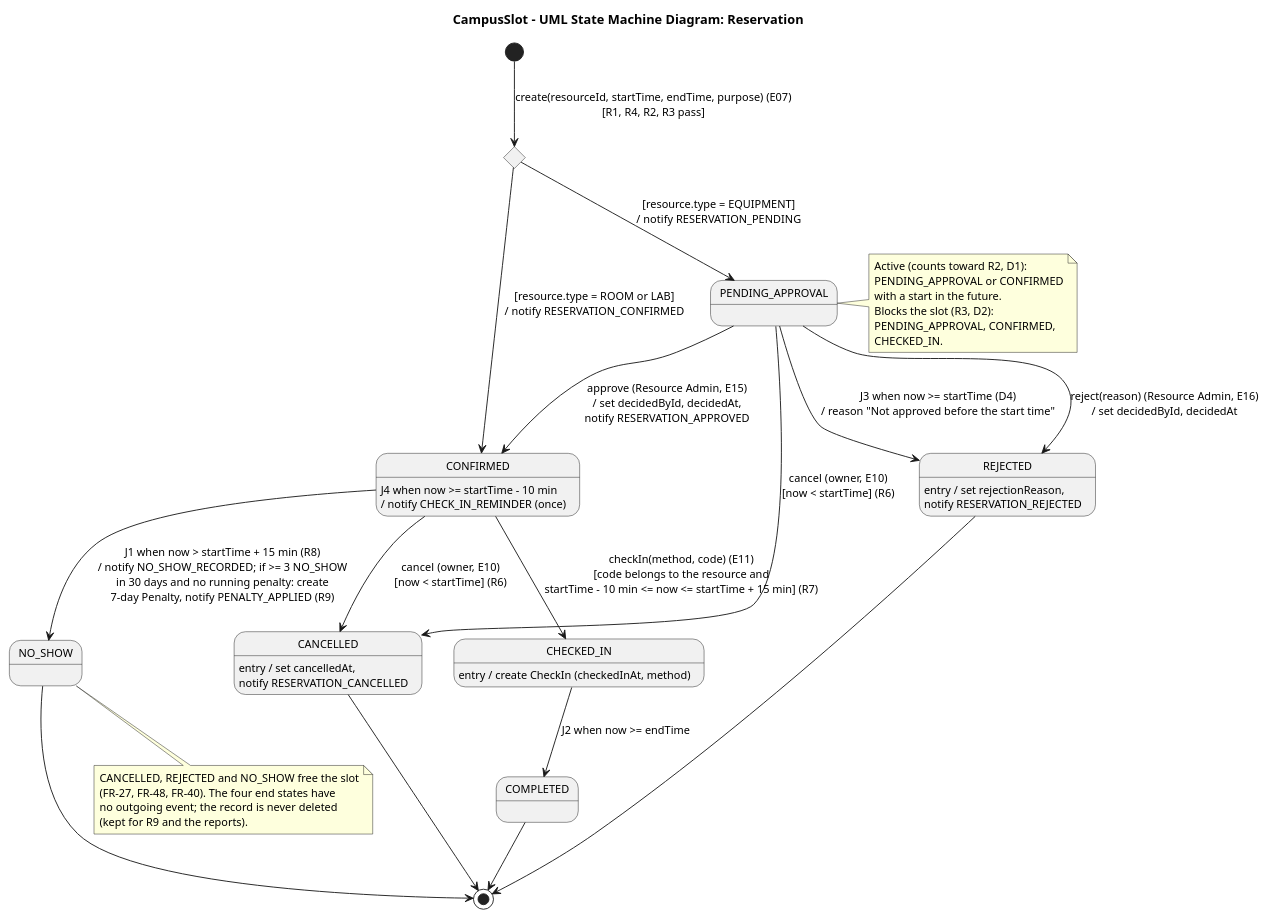
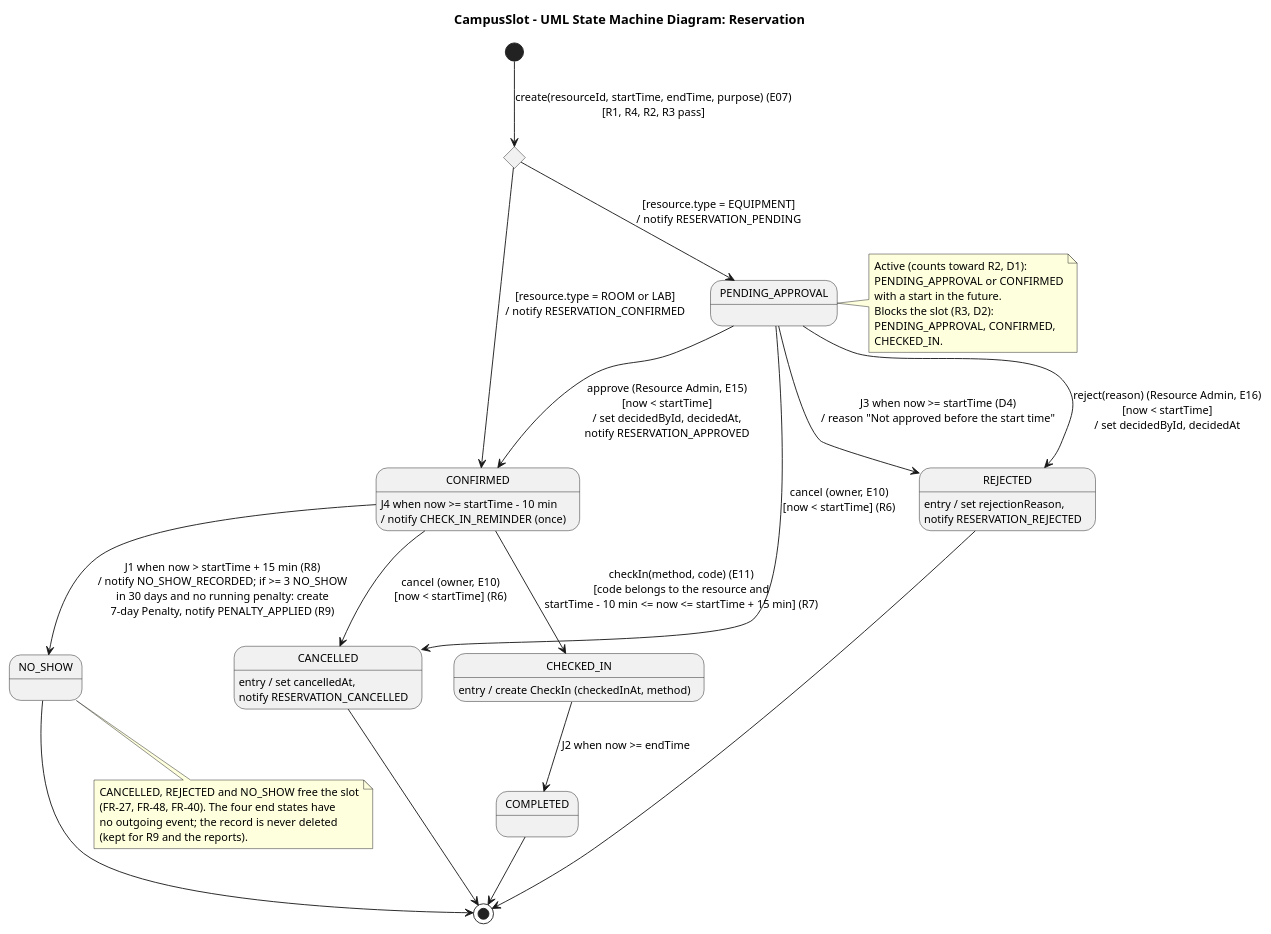
Before and after one commit to MertTomak/SWE307-Term: the diagram in docs/diagrams/5.7_state-machine-diagram_Enes.puml, drawn with PlantUML. The commit also changed 3 other files, not shown here.

Commit message:
docs: 5.7 state machine, approve and reject only before the start time (H41)

```diff
--- a/docs/diagrams/5.7_state-machine-diagram_Enes.puml
+++ b/docs/diagrams/5.7_state-machine-diagram_Enes.puml
@@ -1,58 +1,58 @@
 @startuml 5.7_state-machine-diagram_Enes
 ' 5.7 UML State Machine diagram - Reservation - CampusSlot
 ' Owner: Enes (Frontend Developer). Text: docs/report/5.7_state-machine_Enes.md
 ' Sources: project card (states, R1-R9), 5.4 (FR-18/19, FR-25/26, FR-34/35, FR-38/39, FR-30, FR-45 to FR-47, FR-55, D1-D4),
 '          5.8.4.7 rule chain, 5.8.4.8 check-in logic, 5.8.4.9 scheduler jobs J1-J4.
 ' State names = enum ReservationStatus in backend/prisma/schema.prisma.
 ' Render: java -jar plantuml.jar -Playout=smetana -tpng <this file>
 title CampusSlot - UML State Machine Diagram: Reservation
 skinparam shadowing false
 skinparam defaultFontSize 12
 
 state "R5" as R5choice <<choice>>
 
 state PENDING_APPROVAL
 state CONFIRMED : J4 when now >= startTime - 10 min\n/ notify CHECK_IN_REMINDER (once)
 state CHECKED_IN : entry / create CheckIn (checkedInAt, method)
 state COMPLETED
 state CANCELLED : entry / set cancelledAt,\nnotify RESERVATION_CANCELLED
 state NO_SHOW
 state REJECTED : entry / set rejectionReason,\nnotify RESERVATION_REJECTED
 
 [*] --> R5choice : create(resourceId, startTime, endTime, purpose) (E07)\n[R1, R4, R2, R3 pass]
 R5choice --> PENDING_APPROVAL : [resource.type = EQUIPMENT]\n/ notify RESERVATION_PENDING
 R5choice --> CONFIRMED : [resource.type = ROOM or LAB]\n/ notify RESERVATION_CONFIRMED
 
-PENDING_APPROVAL --> CONFIRMED : approve (Resource Admin, E15)\n/ set decidedById, decidedAt,\nnotify RESERVATION_APPROVED
-PENDING_APPROVAL --> REJECTED : reject(reason) (Resource Admin, E16)\n/ set decidedById, decidedAt
+PENDING_APPROVAL --> CONFIRMED : approve (Resource Admin, E15)\n[now < startTime]\n/ set decidedById, decidedAt,\nnotify RESERVATION_APPROVED
+PENDING_APPROVAL --> REJECTED : reject(reason) (Resource Admin, E16)\n[now < startTime]\n/ set decidedById, decidedAt
 PENDING_APPROVAL --> REJECTED : J3 when now >= startTime (D4)\n/ reason "Not approved before the start time"
 PENDING_APPROVAL --> CANCELLED : cancel (owner, E10)\n[now < startTime] (R6)
 
 CONFIRMED --> CANCELLED : cancel (owner, E10)\n[now < startTime] (R6)
 CONFIRMED --> CHECKED_IN : checkIn(method, code) (E11)\n[code belongs to the resource and\nstartTime - 10 min <= now <= startTime + 15 min] (R7)
 CONFIRMED --> NO_SHOW : J1 when now > startTime + 15 min (R8)\n/ notify NO_SHOW_RECORDED; if >= 3 NO_SHOW\nin 30 days and no running penalty: create\n7-day Penalty, notify PENALTY_APPLIED (R9)
 
 CHECKED_IN --> COMPLETED : J2 when now >= endTime
 
 COMPLETED --> [*]
 CANCELLED --> [*]
 NO_SHOW --> [*]
 REJECTED --> [*]
 
 note right of PENDING_APPROVAL
   Active (counts toward R2, D1):
   PENDING_APPROVAL or CONFIRMED
   with a start in the future.
   Blocks the slot (R3, D2):
   PENDING_APPROVAL, CONFIRMED,
   CHECKED_IN.
 end note
 
 note bottom of NO_SHOW
   CANCELLED, REJECTED and NO_SHOW free the slot
   (FR-27, FR-48, FR-40). The four end states have
   no outgoing event; the record is never deleted
   (kept for R9 and the reports).
 end note
 
 @enduml
```
